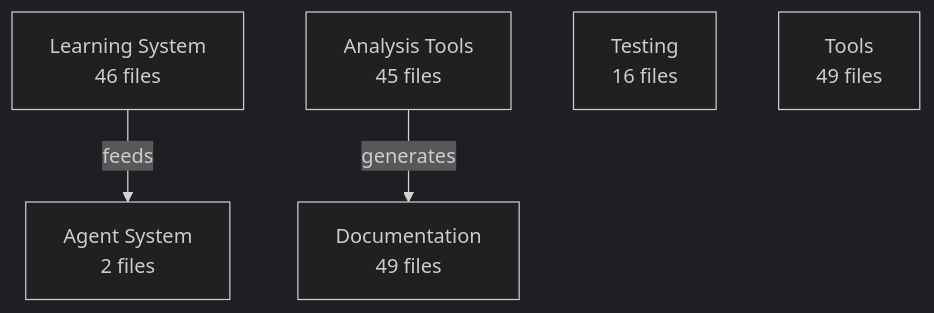
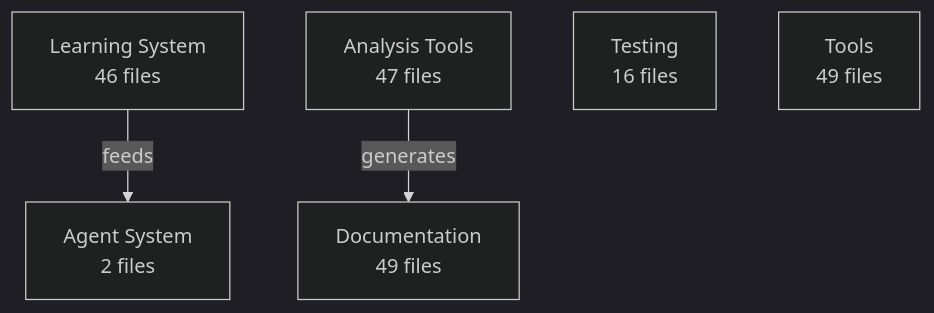
One commit to enufacas/Chained changed the diagram in analysis/architecture/architecture.mmd. Above: the diagram before and after it, drawn with Mermaid (dark theme). The commit also changed 6 other files, not shown here.

First line of the commit message:
🏗️ Update architecture evolution tracking

```diff
--- a/analysis/architecture/architecture.mmd
+++ b/analysis/architecture/architecture.mmd
@@ -1,9 +1,9 @@
 graph TD
     learning_system[Learning System<br/>46 files]
     agent_system[Agent System<br/>2 files]
-    analysis_tools[Analysis Tools<br/>45 files]
+    analysis_tools[Analysis Tools<br/>47 files]
     documentation[Documentation<br/>49 files]
     testing[Testing<br/>16 files]
     tools[Tools<br/>49 files]
     learning_system -->|feeds| agent_system
     analysis_tools -->|generates| documentation
```
